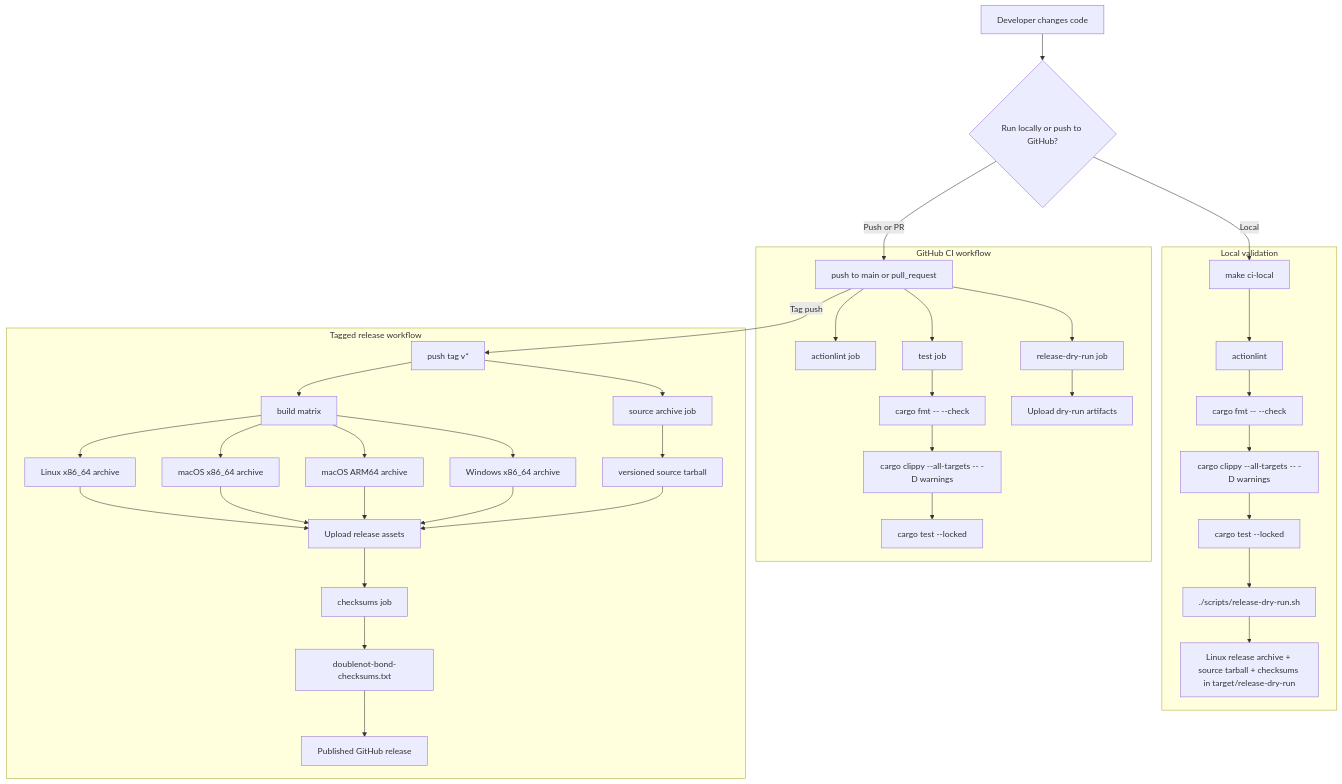
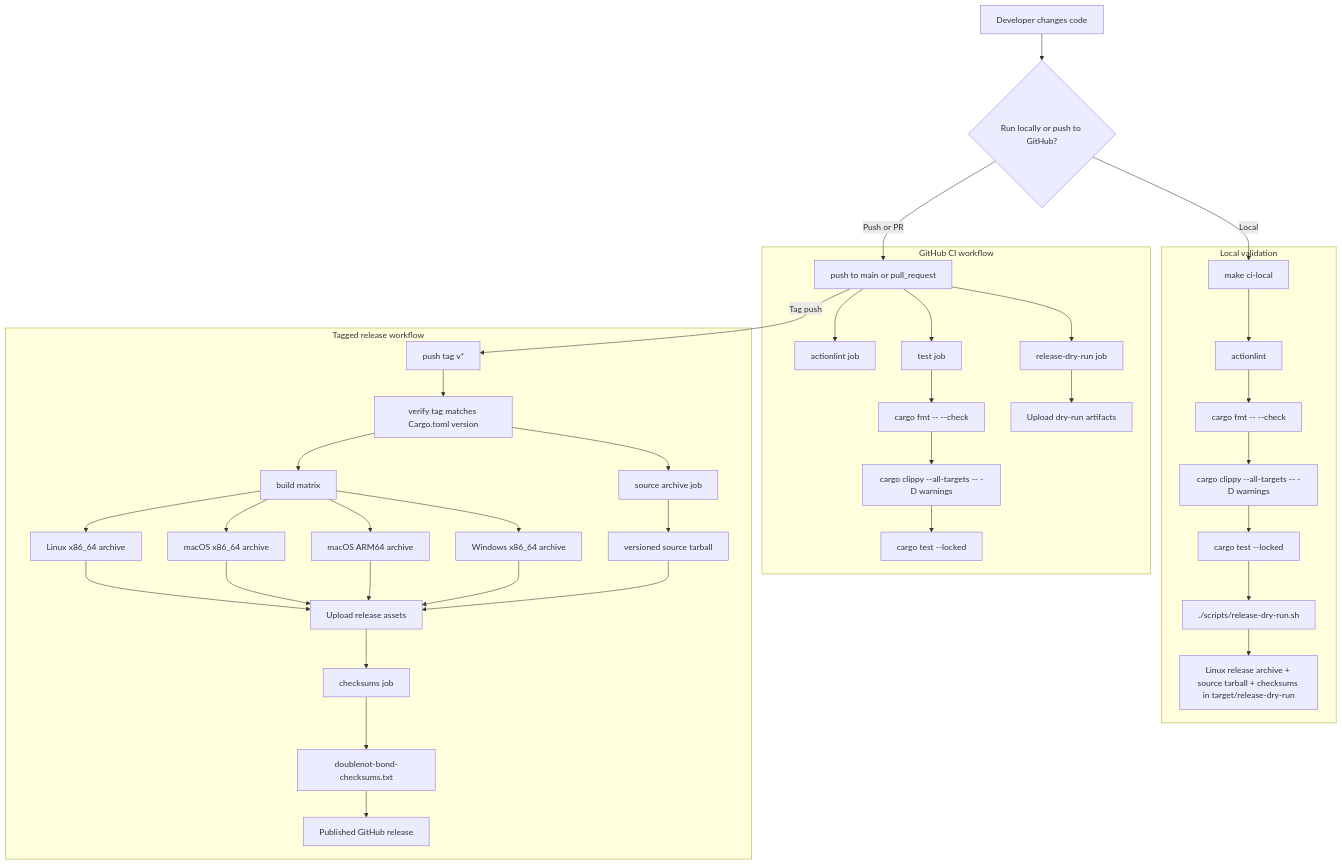
One commit to doublenot/doublenot-bond changed the first of 3 diagrams in docs/workflows.md. Above: the diagram before and after it, drawn with Mermaid. The commit also changed other lines of this file and 4 other files, not shown here.

````diff
--- a/docs/workflows.md
+++ b/docs/workflows.md
@@ -7,48 +7,49 @@
 ```mermaid
 flowchart TD
     A[Developer changes code] --> B{Run locally or push to GitHub?}
 
     subgraph Local[Local validation]
         C[make ci-local]
         C --> C1[actionlint]
         C1 --> C2[cargo fmt -- --check]
         C2 --> C3[cargo clippy --all-targets -- -D warnings]
         C3 --> C4[cargo test --locked]
         C4 --> C5[./scripts/release-dry-run.sh]
         C5 --> C6[Linux release archive + source tarball + checksums in target/release-dry-run]
     end
 
     subgraph CI[GitHub CI workflow]
         D[push to main or pull_request]
         D --> D1[actionlint job]
         D --> D2[test job]
         D --> D3[release-dry-run job]
         D2 --> D21[cargo fmt -- --check]
         D21 --> D22[cargo clippy --all-targets -- -D warnings]
         D22 --> D23[cargo test --locked]
         D3 --> D31[Upload dry-run artifacts]
     end
 
     subgraph Release[Tagged release workflow]
         E[push tag v*]
-        E --> E1[build matrix]
-        E --> E2[source archive job]
+        E --> E0[verify tag matches Cargo.toml version]
+        E0 --> E1[build matrix]
+        E0 --> E2[source archive job]
         E1 --> E11[Linux x86_64 archive]
         E1 --> E12[macOS x86_64 archive]
         E1 --> E13[macOS ARM64 archive]
         E1 --> E14[Windows x86_64 archive]
         E11 --> E3[Upload release assets]
         E12 --> E3
         E13 --> E3
         E14 --> E3
         E2 --> E21[versioned source tarball]
         E21 --> E3
         E3 --> E4[checksums job]
         E4 --> E5[doublenot-bond-checksums.txt]
         E5 --> E6[Published GitHub release]
     end
 
     B -->|Local| C
     B -->|Push or PR| D
     D -->|Tag push| E
 ```
````
